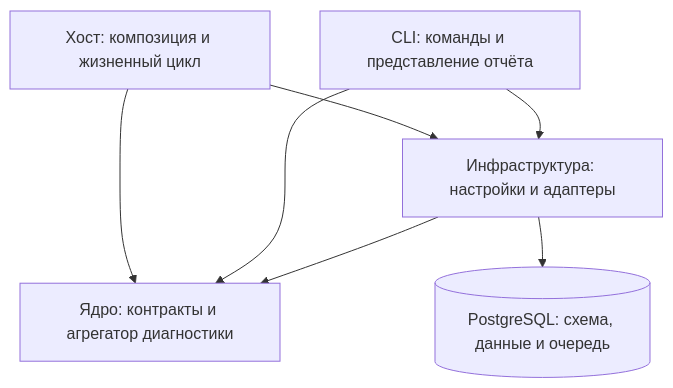
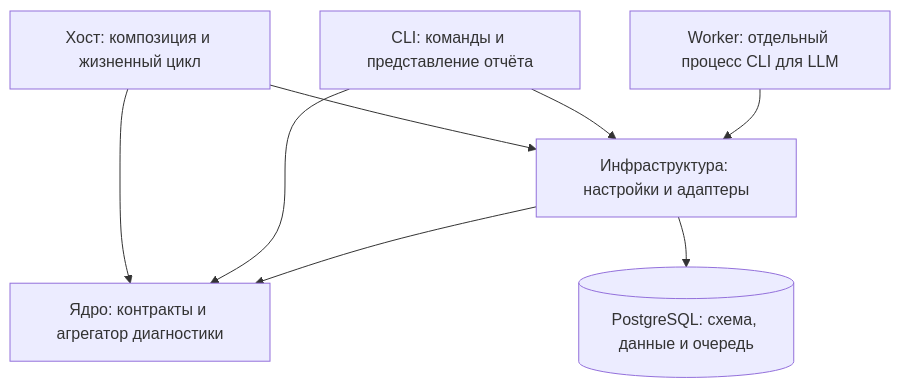
One commit to Flandre-Scarlet-the-best/anketa-parser changed the diagram in docs/architecture.md. Above: the diagram before and after it, drawn with Mermaid. The commit also changed other lines of this file and 48 other files, not shown here.

````diff
--- a/docs/architecture.md
+++ b/docs/architecture.md
@@ -9,9 +8,10 @@
 ```mermaid
 flowchart TD
     H["Хост: композиция и жизненный цикл"] --> I["Инфраструктура: настройки и адаптеры"]
     C["CLI: команды и представление отчёта"] --> I
+    W["Worker: отдельный процесс CLI для LLM"] --> I
     H --> K["Ядро: контракты и агрегатор диагностики"]
     C --> K
     I --> K
     I --> P[("PostgreSQL: схема, данные и очередь")]
 ```
````
